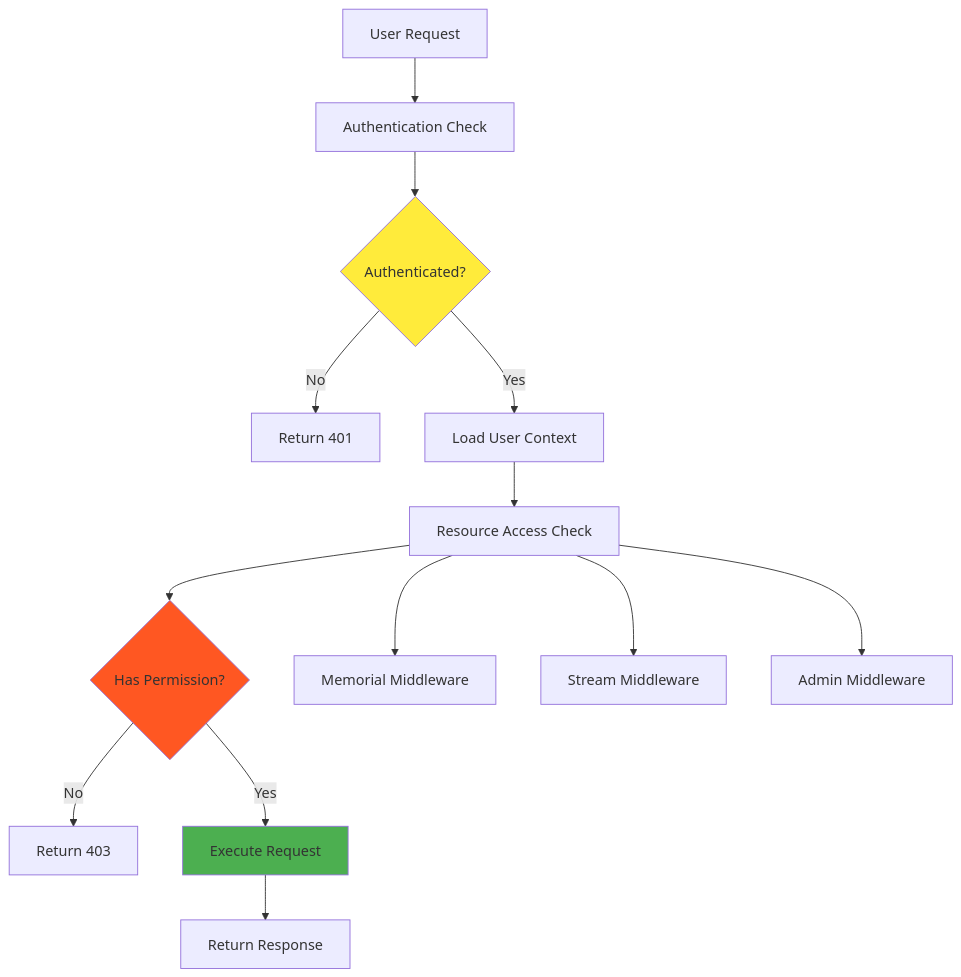
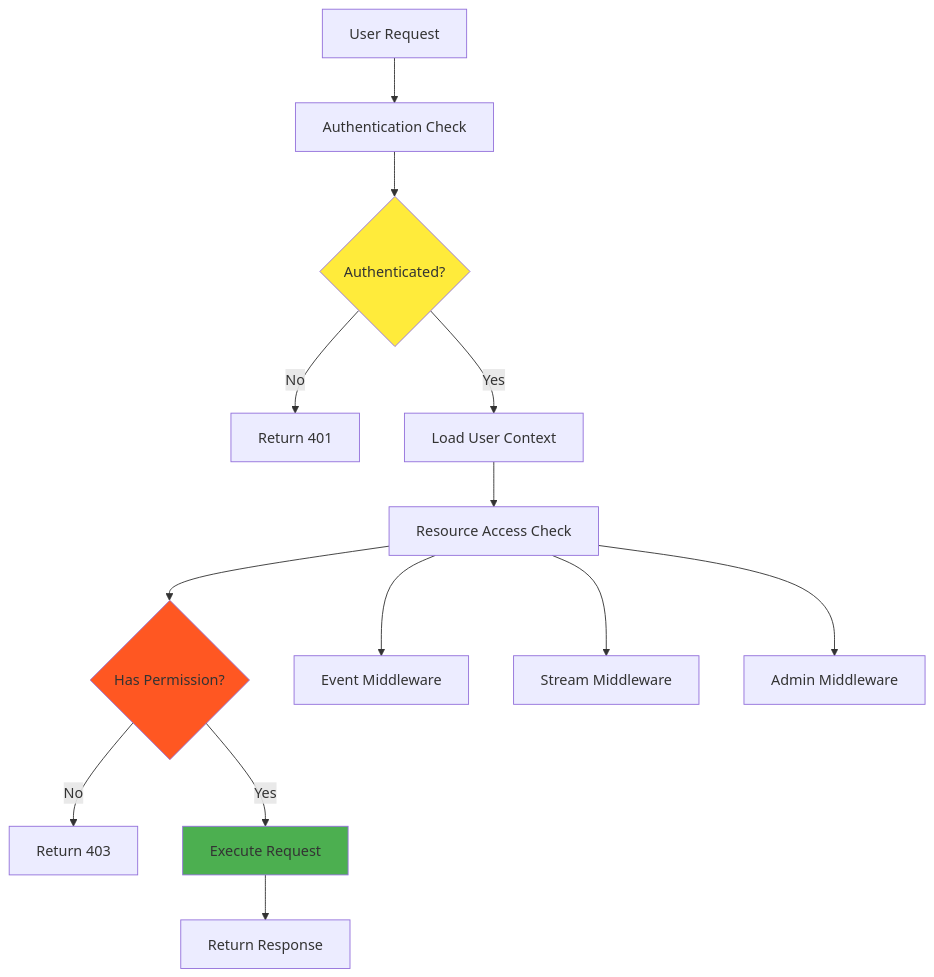
One commit to TimeMachine1994/081925-SvelteTweb changed the ninth of 9 diagrams in Old Docs01/old docsdocs/07-integration-flows.md. Above: the diagram before and after it, drawn with Mermaid. The commit also changed other lines of this file and 418 other files, not shown here.

First line of the commit message:
docs: update terminology from "memorial" to "event" across admin documentation

````diff
--- a/Old Docs01/old docsdocs/07-integration-flows.md
+++ b/Old Docs01/old docsdocs/07-integration-flows.md
@@ -545,20 +545,20 @@
 ```mermaid
 graph TD
     A[User Request] --> B[Authentication Check]
     B --> C{Authenticated?}
     C -->|No| D[Return 401]
     C -->|Yes| E[Load User Context]
     E --> F[Resource Access Check]
     F --> G{Has Permission?}
     G -->|No| H[Return 403]
     G -->|Yes| I[Execute Request]
     I --> J[Return Response]
     
-    F --> K[Memorial Middleware]
+    F --> K[Event Middleware]
     F --> L[Stream Middleware]
     F --> M[Admin Middleware]
     
     style C fill:#ffeb3b
     style G fill:#ff5722
     style I fill:#4caf50
 ```
````
